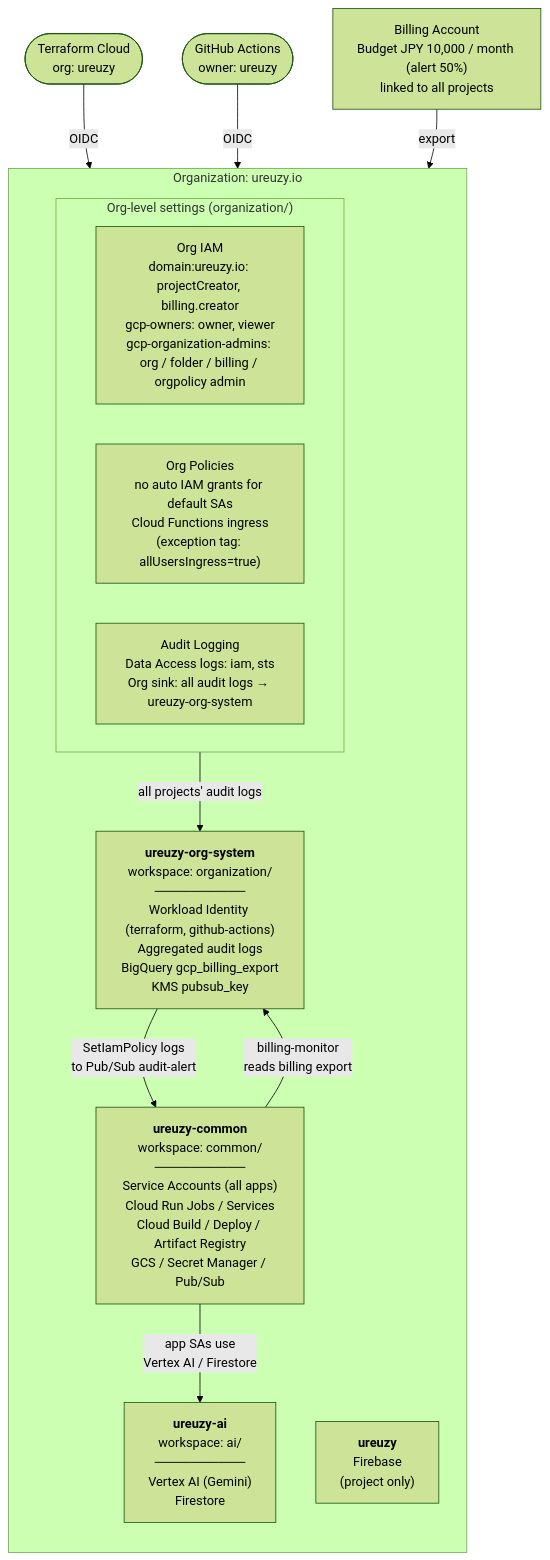
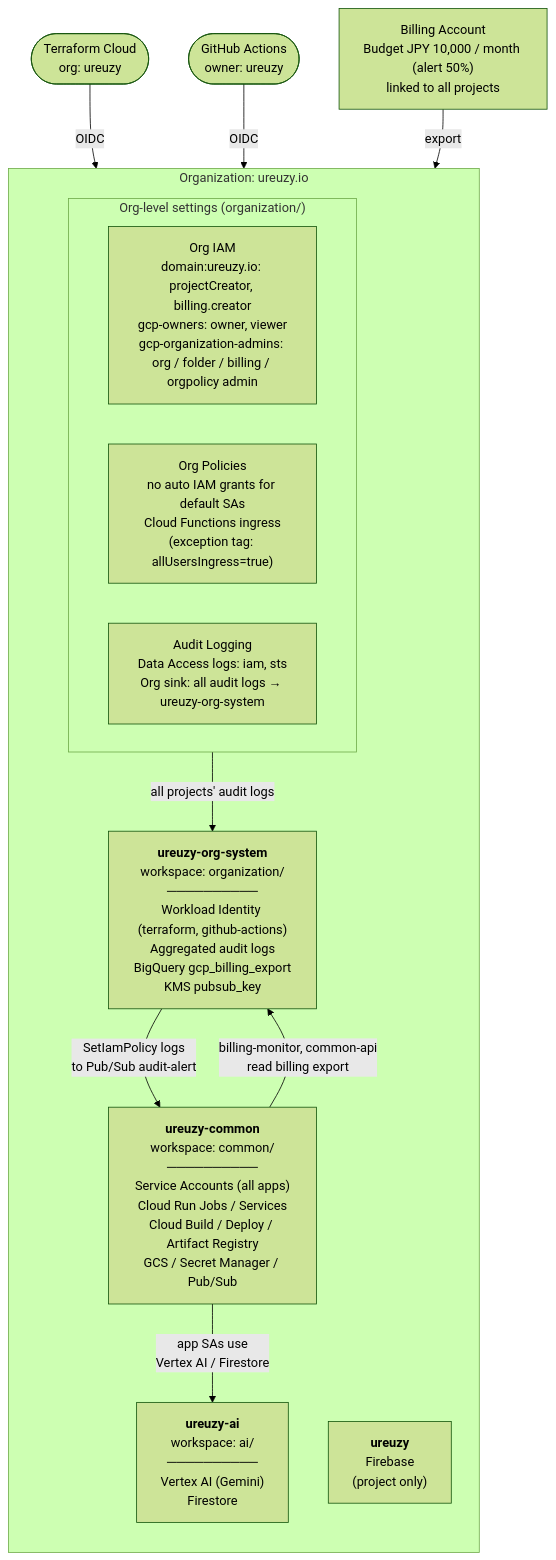
Before and after one commit to ureuzy/google-cloud-terraform: the diagram in README.md, drawn with Mermaid (forest theme). The commit also changed 1 other file, not shown here.

Commit message:
feat: let common-api read the billing export for the usage page
Grant common-api read access to the billing export dataset only, and
let it run query jobs in ureuzy-org-system like billing-monitor.

````diff
--- a/README.md
+++ b/README.md
@@ -17,29 +17,29 @@
 ```mermaid
 flowchart TB
   tfc(["Terraform Cloud<br/>org: ureuzy"])
   gha(["GitHub Actions<br/>owner: ureuzy"])
   billing["Billing Account<br/>Budget JPY 10,000 / month (alert 50%)<br/>linked to all projects"]
 
   subgraph org["Organization: ureuzy.io"]
     direction TB
 
     subgraph settings["Org-level settings (organization/)"]
       direction LR
       iam["Org IAM<br/>domain:ureuzy.io: projectCreator, billing.creator<br/>gcp-owners: owner, viewer<br/>gcp-organization-admins: org / folder / billing / orgpolicy admin"]
       policies["Org Policies<br/>no auto IAM grants for default SAs<br/>Cloud Functions ingress<br/>(exception tag: allUsersIngress=true)"]
       audit["Audit Logging<br/>Data Access logs: iam, sts<br/>Org sink: all audit logs → ureuzy-org-system"]
     end
 
     sys["<b>ureuzy-org-system</b><br/>workspace: organization/<br/>──────────<br/>Workload Identity (terraform, github-actions)<br/>Aggregated audit logs<br/>BigQuery gcp_billing_export<br/>KMS pubsub_key"]
     common["<b>ureuzy-common</b><br/>workspace: common/<br/>──────────<br/>Service Accounts (all apps)<br/>Cloud Run Jobs / Services<br/>Cloud Build / Deploy / Artifact Registry<br/>GCS / Secret Manager / Pub/Sub"]
     ai["<b>ureuzy-ai</b><br/>workspace: ai/<br/>──────────<br/>Vertex AI (Gemini)<br/>Firestore"]
     ureuzy["<b>ureuzy</b><br/>Firebase<br/>(project only)"]
   end
 
   tfc & gha -->|OIDC| sys
   audit -->|all projects' audit logs| sys
   sys -->|SetIamPolicy logs<br/>to Pub/Sub audit-alert| common
-  common -->|billing-monitor<br/>reads billing export| sys
+  common -->|billing-monitor, common-api<br/>read billing export| sys
   common -->|app SAs use<br/>Vertex AI / Firestore| ai
   billing -->|export| sys
 ```
````
